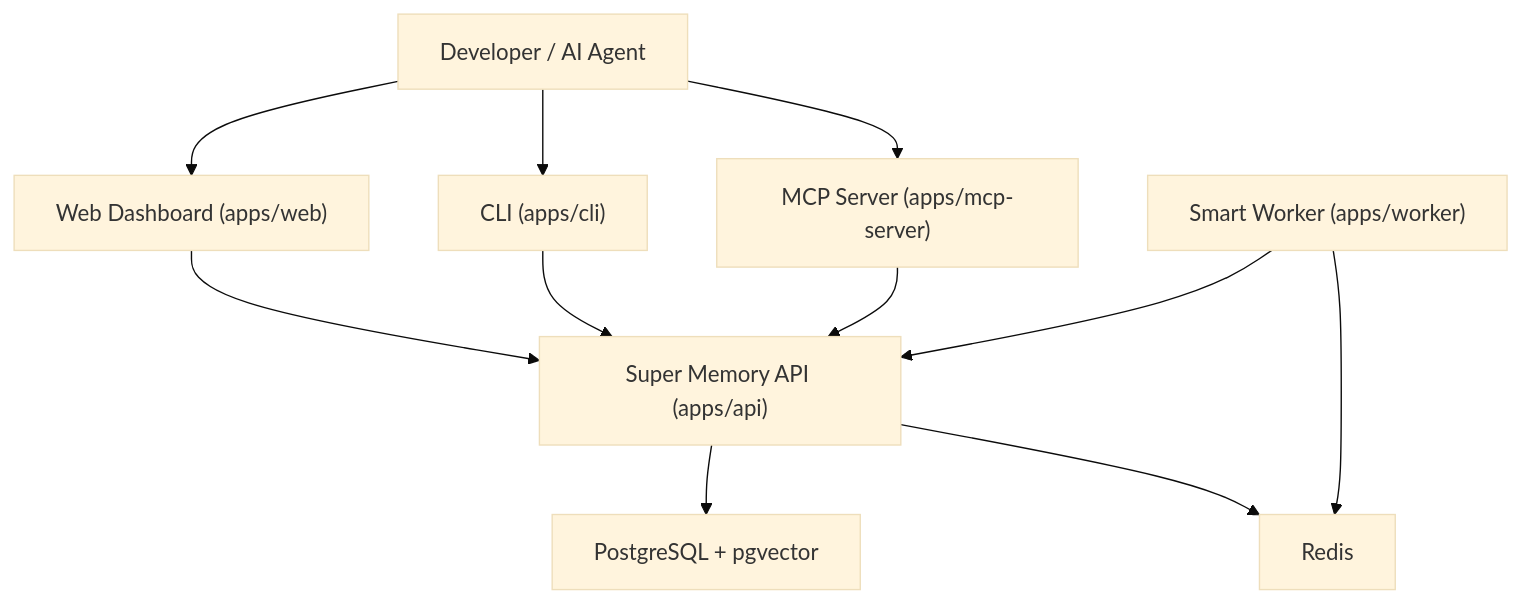
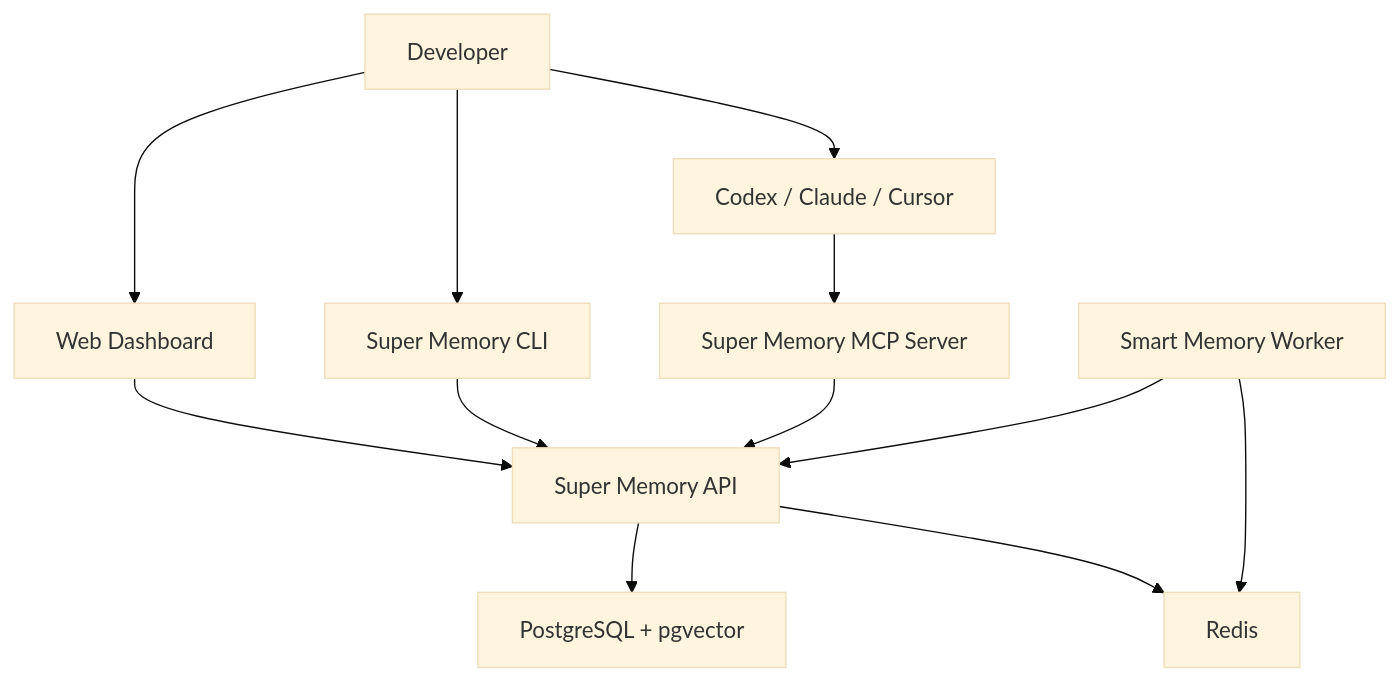
The first of 4 diagrams in README.md (BhavinDivecha/DevMemoryOS), drawn with Mermaid (base theme) before and after one commit. The commit also changed other lines of this file, not shown here.

````diff
--- a/README.md
+++ b/README.md
@@ -59,15 +115,16 @@
 ```mermaid
 flowchart TD
-  U["Developer / AI Agent"] --> WEB["Web Dashboard (apps/web)"]
-  U --> CLI["CLI (apps/cli)"]
-  U --> MCP["MCP Server (apps/mcp-server)"]
+  DEV["Developer"] --> WEB["Web Dashboard"]
+  DEV --> CLI["Super Memory CLI"]
+  DEV --> MCPCLIENT["Codex / Claude / Cursor"]
 
-  WEB --> API["Super Memory API (apps/api)"]
+  WEB --> API["Super Memory API"]
   CLI --> API
-  MCP --> API
+  MCPCLIENT --> MCPSERVER["Super Memory MCP Server"]
+  MCPSERVER --> API
 
-  API --> DB["PostgreSQL + pgvector"]
+  API --> PG["PostgreSQL + pgvector"]
   API --> REDIS["Redis"]
-  WORKER["Smart Worker (apps/worker)"] --> REDIS
+  WORKER["Smart Memory Worker"] --> REDIS
   WORKER --> API
 ```
````
